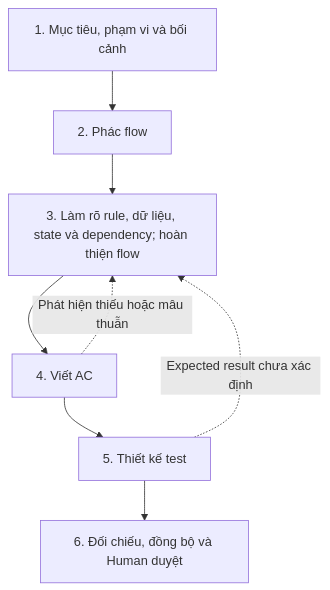
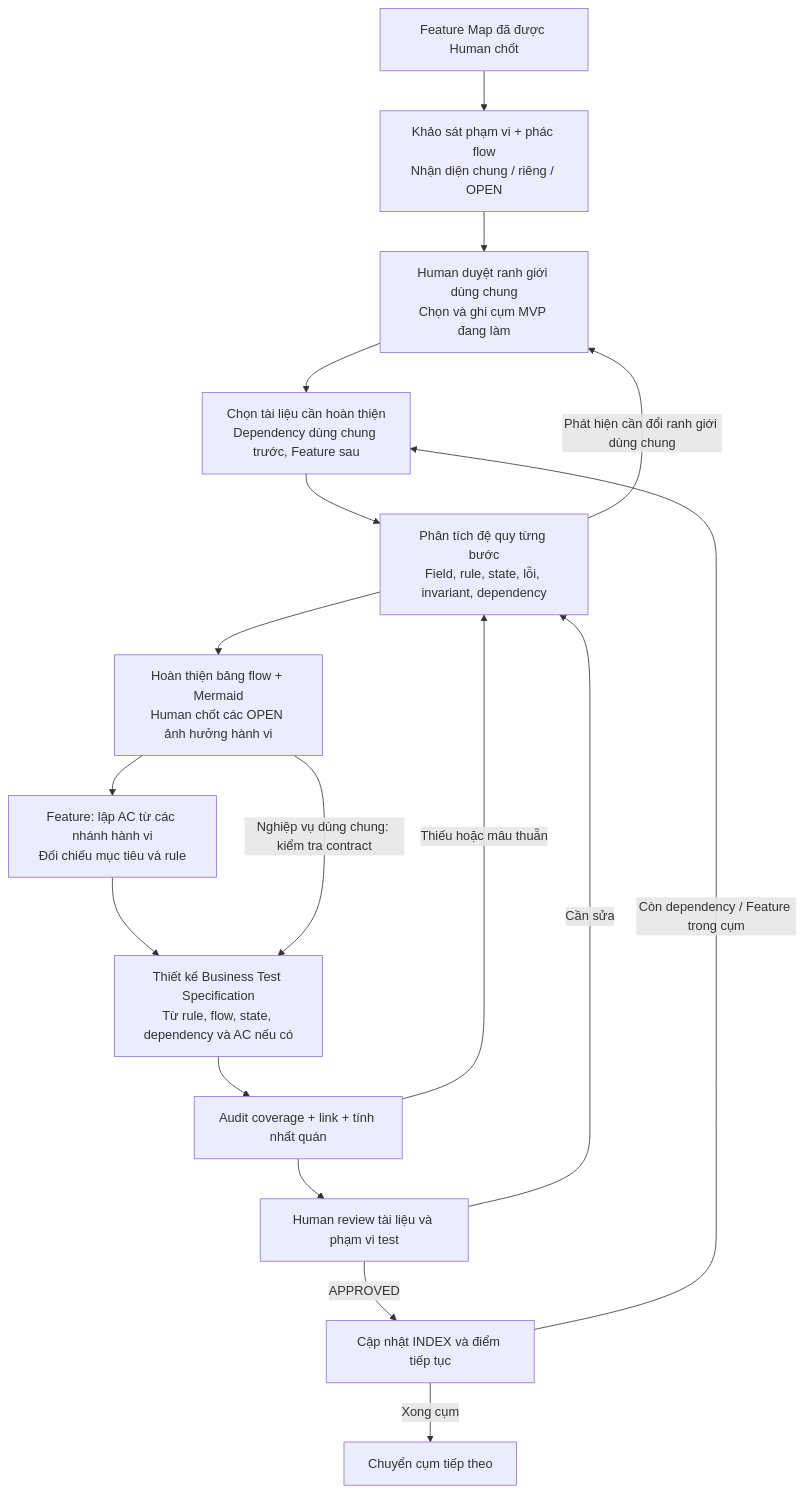
The diagram in answer.md (Kynderis/kidea), drawn with Mermaid before and after one commit. The commit also changed other lines of this file, not shown here.

````diff
--- a/answer.md
+++ b/answer.md
@@ -35,10 +100,19 @@
 ```mermaid
 flowchart TD
-    A["1. Mục tiêu, phạm vi và bối cảnh"] --> B["2. Phác flow"]
-    B --> C["3. Làm rõ rule, dữ liệu, state và dependency; hoàn thiện flow"]
-    C --> D["4. Viết AC"]
-    D --> E["5. Thiết kế test"]
-    E --> F["6. Đối chiếu, đồng bộ và Human duyệt"]
-    D -.->|"Phát hiện thiếu hoặc mâu thuẫn"| C
-    E -.->|"Expected result chưa xác định"| C
+    A["Feature Map đã được Human chốt"] --> B["Khảo sát phạm vi + phác flow<br/>Nhận diện chung / riêng / OPEN"]
+    B --> C["Human duyệt ranh giới dùng chung<br/>Chọn và ghi cụm MVP đang làm"]
+    C --> D["Chọn tài liệu cần hoàn thiện<br/>Dependency dùng chung trước, Feature sau"]
+    D --> E["Phân tích đệ quy từng bước<br/>Field, rule, state, lỗi, invariant, dependency"]
+    E --> F["Hoàn thiện bảng flow + Mermaid<br/>Human chốt các OPEN ảnh hưởng hành vi"]
+    F --> G["Feature: lập AC từ các nhánh hành vi<br/>Đối chiếu mục tiêu và rule"]
+    G --> H["Thiết kế Business Test Specification<br/>Từ rule, flow, state, dependency và AC nếu có"]
+    F -->|"Nghiệp vụ dùng chung: kiểm tra contract"| H
+    H --> I["Audit coverage + link + tính nhất quán"]
+    I -->|"Thiếu hoặc mâu thuẫn"| E
+    I --> J["Human review tài liệu và phạm vi test"]
+    J -->|"Cần sửa"| E
+    J -->|"APPROVED"| K["Cập nhật INDEX và điểm tiếp tục"]
+    K -->|"Còn dependency / Feature trong cụm"| D
+    K -->|"Xong cụm"| L["Chuyển cụm tiếp theo"]
+    E -->|"Phát hiện cần đổi ranh giới dùng chung"| C
 ```
````
